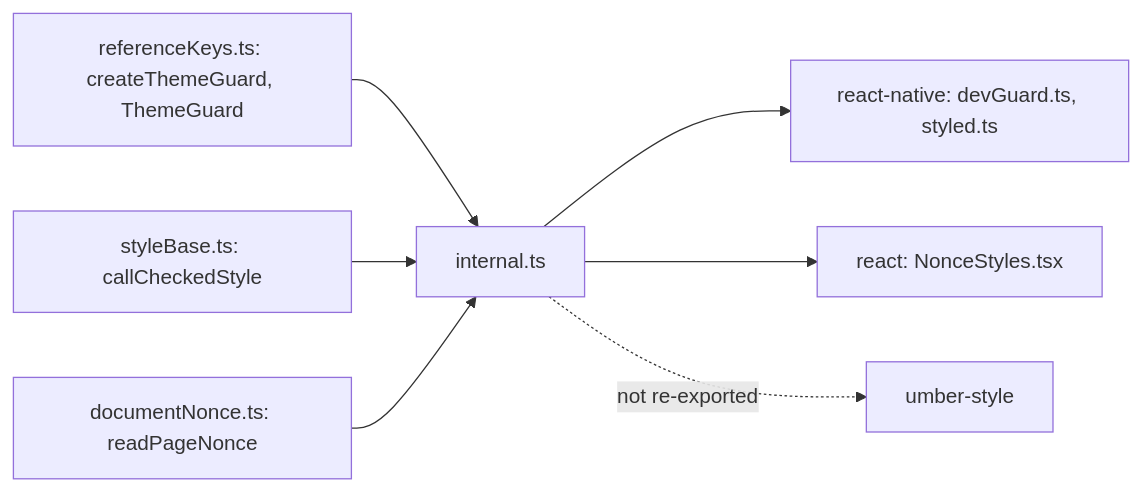
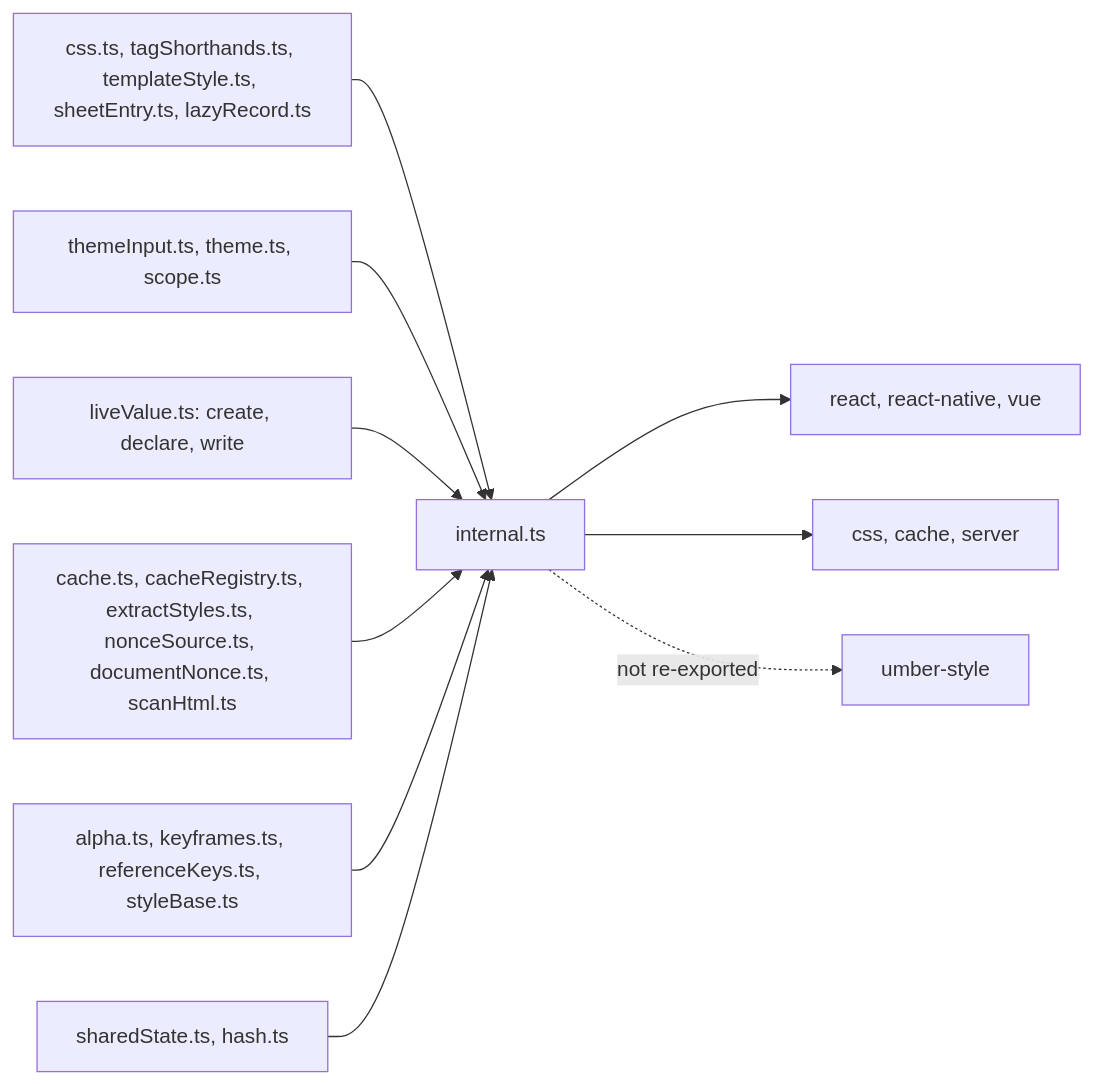
The diagram in packages/core/src/internal.md (soroush-tech/umber-style), drawn with Mermaid before and after one commit. The commit also changed other lines of this file and 73 other files, not shown here.

Commit message:
refactor(core): the helpers only the bindings use move from the main entry to @umber-style/core/internal - close #79

````diff
--- a/packages/core/src/internal.md
+++ b/packages/core/src/internal.md
@@ -30,9 +52,12 @@
 ```mermaid
 flowchart LR
-  guardSource["referenceKeys.ts: createThemeGuard, ThemeGuard"] --> entry["internal.ts"]
-  callSource["styleBase.ts: callCheckedStyle"] --> entry
-  nonceSource["documentNonce.ts: readPageNonce"] --> entry
-  entry --> native["react-native: devGuard.ts, styled.ts"]
-  entry --> react["react: NonceStyles.tsx"]
+  styledParts["css.ts, tagShorthands.ts, templateStyle.ts, sheetEntry.ts, lazyRecord.ts"] --> entry["internal.ts"]
+  providers["themeInput.ts, theme.ts, scope.ts"] --> entry
+  live["liveValue.ts: create, declare, write"] --> entry
+  page["cache.ts, cacheRegistry.ts, extractStyles.ts, nonceSource.ts, documentNonce.ts, scanHtml.ts"] --> entry
+  native["alpha.ts, keyframes.ts, referenceKeys.ts, styleBase.ts"] --> entry
+  shared["sharedState.ts, hash.ts"] --> entry
+  entry --> bindings["react, react-native, vue"]
+  entry --> family["css, cache, server"]
   entry -. "not re-exported" .-> umbrella["umber-style"]
 ```
````
